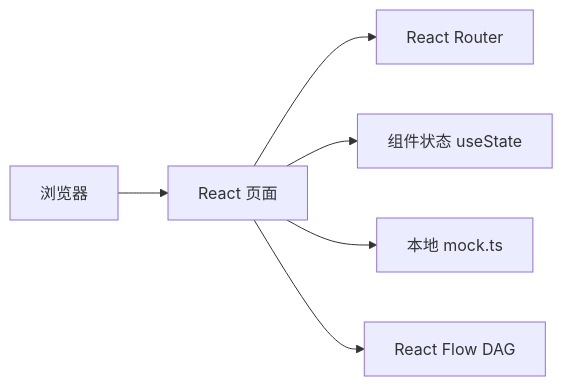
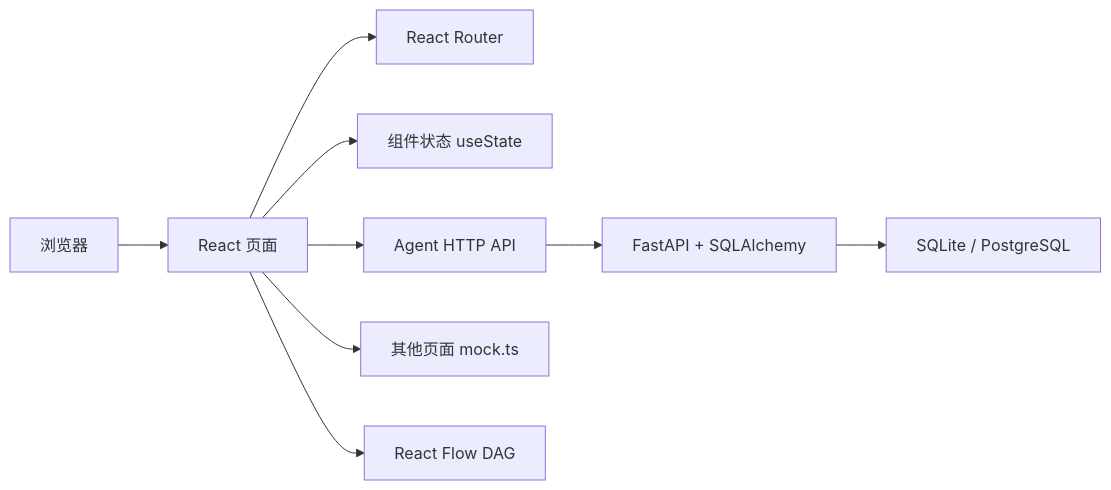
Before and after one commit to petr1chorL/arc: the diagram in docs/CURRENT_IMPLEMENTATION.md, drawn with Mermaid. The commit also changed other lines of this file and 30 other files, not shown here.

Commit message:
feat: persist agent creation through api

````diff
--- a/docs/CURRENT_IMPLEMENTATION.md
+++ b/docs/CURRENT_IMPLEMENTATION.md
@@ -12,8 +12,11 @@
 ```mermaid
 flowchart LR
     A["浏览器"] --> B["React 页面"]
     B --> C["React Router"]
     B --> D["组件状态 useState"]
-    B --> E["本地 mock.ts"]
+    B --> E["Agent HTTP API"]
+    E --> G["FastAPI + SQLAlchemy"]
+    G --> H["SQLite / PostgreSQL"]
+    B --> I["其他页面 mock.ts"]
     B --> F["React Flow DAG"]
 ```
````
